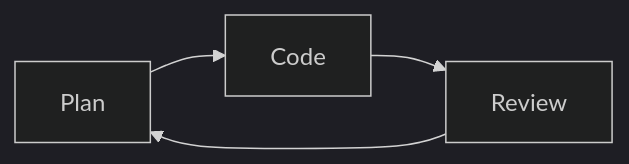
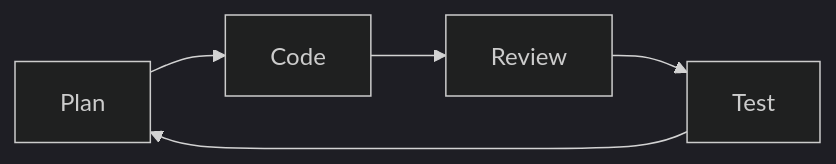
The sixth of 6 diagrams in docs/CRYSTAL_CODEX.md (DINGIRABZU/ABZU), drawn with Mermaid (dark theme) before and after one commit. The commit also changed other lines of this file and 1 other file, not shown here.

````diff
--- a/docs/CRYSTAL_CODEX.md
+++ b/docs/CRYSTAL_CODEX.md
@@ -185,4 +188,4 @@
 ```mermaid
 flowchart LR
-    Plan --> Code --> Review --> Plan
+    Plan --> Code --> Review --> Test --> Plan
 ```
````
